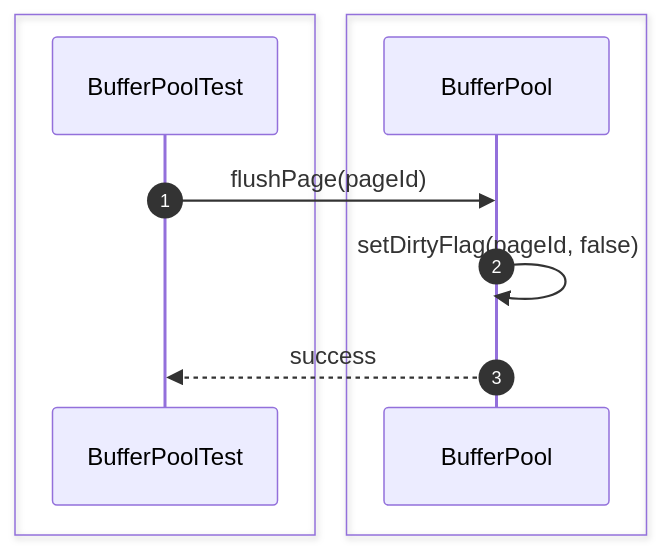
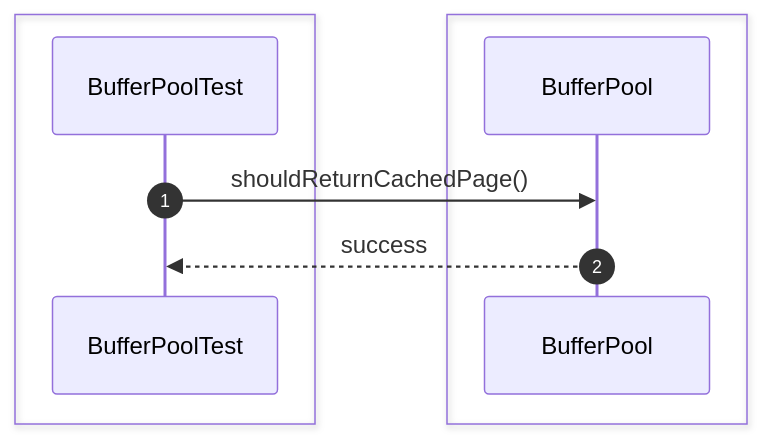
One commit to Huy1801214/dbms-architecture changed the tenth of 44 diagrams in src/sequence/storage-engine.md. Above: the diagram before and after it, drawn with Mermaid. The commit also changed other lines of this file and 68 other files, not shown here.

Commit message:
implement comprehensive unit test suite and architectural sequence documentation

````diff
--- a/src/sequence/storage-engine.md
+++ b/src/sequence/storage-engine.md
@@ -167,15 +141,13 @@
 ```mermaid
 sequenceDiagram
     autonumber
-
     box #e1f5fe Test Suite
     participant Test as BufferPoolTest
     end
-    box #e0f2f1 Storage Components
-    participant Buffer as BufferPool
+    box #e0f2f1 BufferPool Component
+    participant BP as BufferPool
     end
 
-    Test->>Buffer: flushPage(pageId)
-    Buffer->>Buffer: setDirtyFlag(pageId, false)
-    Buffer-->>Test: success
+    Test->>BP: shouldReturnCachedPage()
+    BP-->>Test: success
 ```
````
